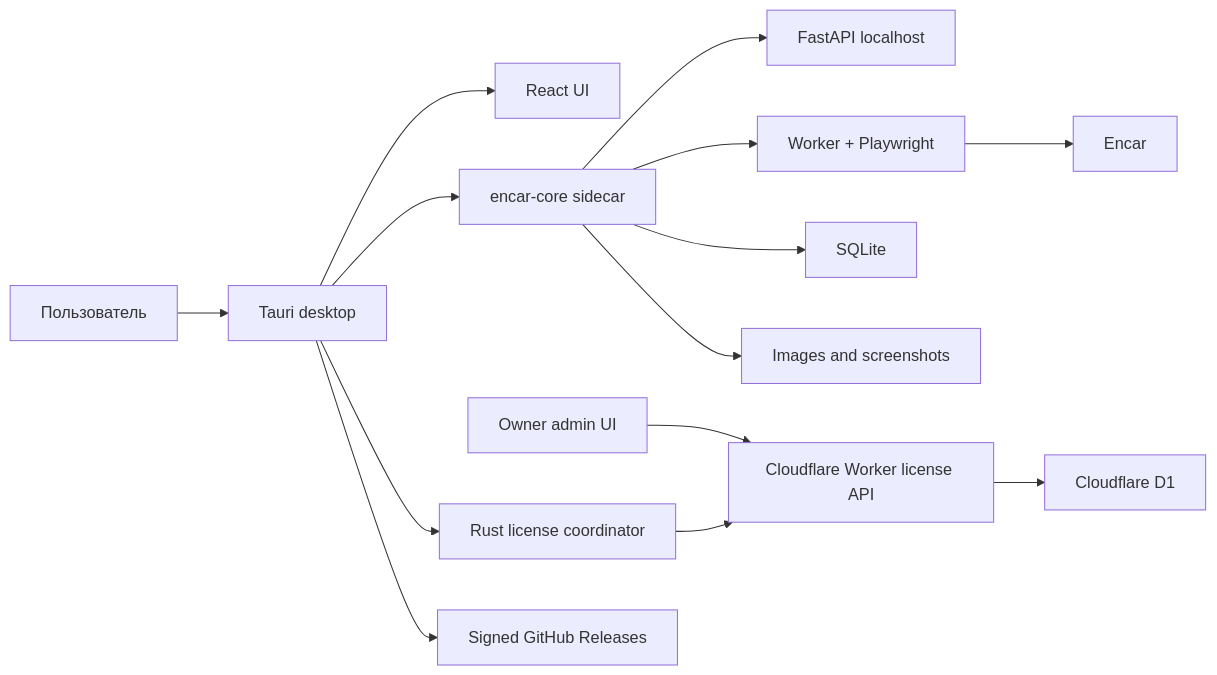
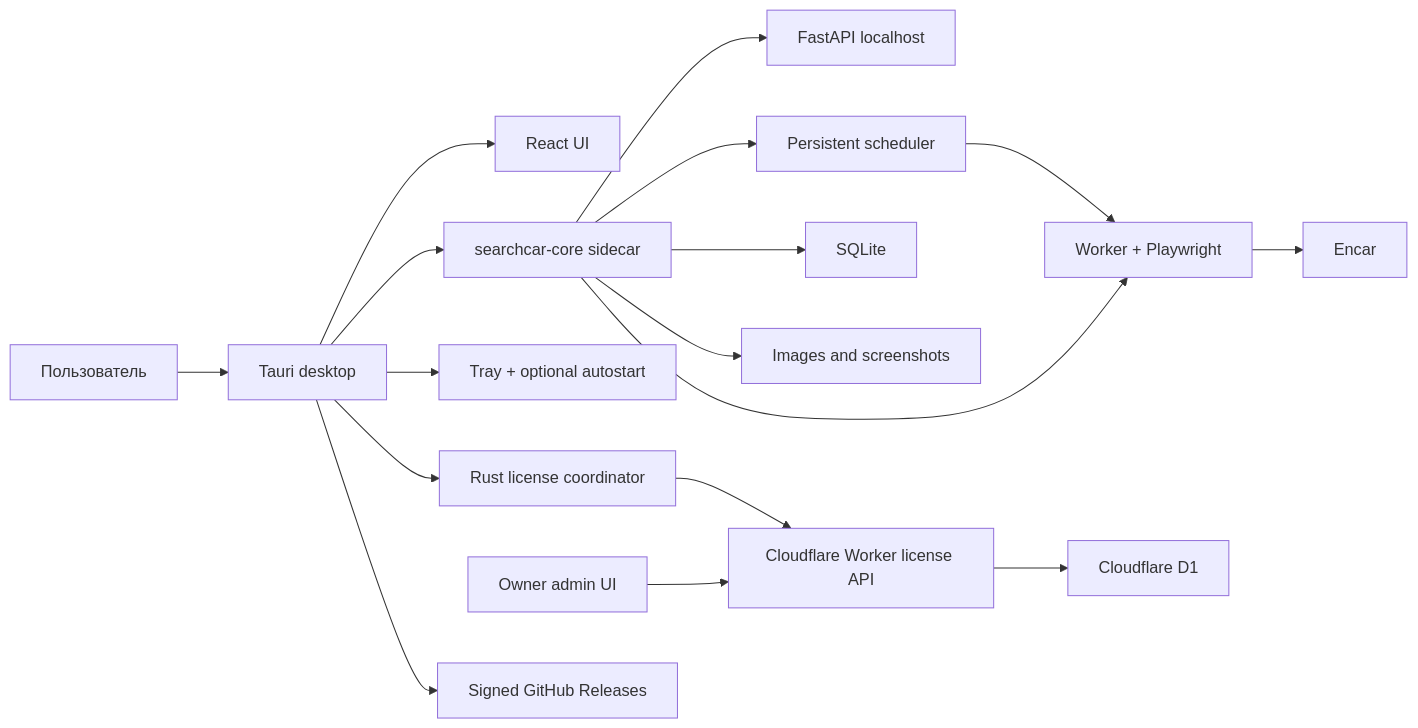
One commit to KaplunSergey/searchcar-desktop changed the diagram in docs/DESKTOP_PRODUCTIZATION_PLAN.md. Above: the diagram before and after it, drawn with Mermaid. The commit also changed other lines of this file and 13 other files, not shown here.

Commit message:
chore: rename SearchCar and expand desktop roadmap

````diff
--- a/docs/DESKTOP_PRODUCTIZATION_PLAN.md
+++ b/docs/DESKTOP_PRODUCTIZATION_PLAN.md
@@ -116,16 +123,19 @@
 ```mermaid
 flowchart LR
     U["Пользователь"] --> T["Tauri desktop"]
     T --> UI["React UI"]
     T --> LC["Rust license coordinator"]
-    T --> C["encar-core sidecar"]
+    T --> TR["Tray + optional autostart"]
+    T --> C["searchcar-core sidecar"]
     C --> API["FastAPI localhost"]
+    C --> S["Persistent scheduler"]
+    S --> W
     C --> W["Worker + Playwright"]
     C --> DB["SQLite"]
     C --> FS["Images and screenshots"]
     W --> E["Encar"]
     LC --> LS["Cloudflare Worker license API"]
     LS --> D1["Cloudflare D1"]
     A["Owner admin UI"] --> LS
     T --> R["Signed GitHub Releases"]
 ```
````
